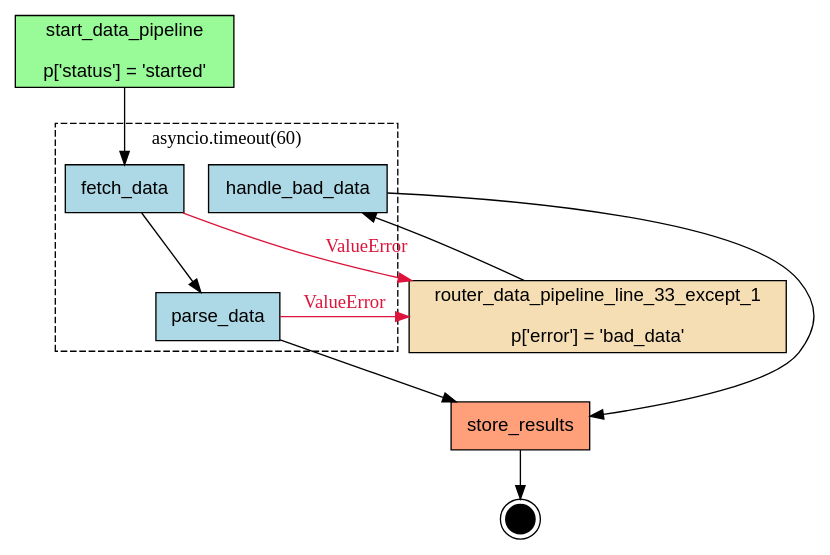
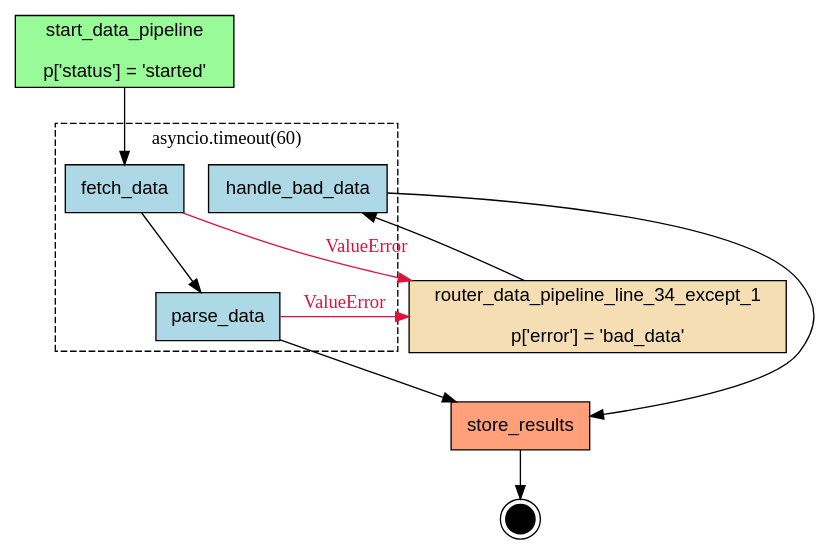
One commit to deliveryhero/asya changed the diagram in examples/flows/compiled/resiliency_combined/flow.dot. Above: the diagram before and after it, drawn with Graphviz. The commit also changed 105 other files, not shown here.

```diff
--- a/examples/flows/compiled/resiliency_combined/flow.dot
+++ b/examples/flows/compiled/resiliency_combined/flow.dot
@@ -1,31 +1,31 @@
 digraph "data_pipeline" {
     rankdir=TB;
     node [shape=box, style=filled, fontname="Helvetica"];
 
     { rank=source; start_data_pipeline; }
 
     fetch_data [label="fetch_data", fillcolor=lightblue];
     handle_bad_data [label="handle_bad_data", fillcolor=lightblue];
     parse_data [label="parse_data", fillcolor=lightblue];
-    router_data_pipeline_line_33_except_1 [label="router_data_pipeline_line_33_except_1\n\np['error'] = 'bad_data'", fillcolor=wheat];
+    router_data_pipeline_line_34_except_1 [label="router_data_pipeline_line_34_except_1\n\np['error'] = 'bad_data'", fillcolor=wheat];
     start_data_pipeline [label="start_data_pipeline\n\np['status'] = 'started'", fillcolor=palegreen];
     store_results [label="store_results", fillcolor=lightsalmon];
 
     __end__ [label="", shape=doublecircle, fillcolor=black, width=0.3, fixedsize=true];
 
     start_data_pipeline -> fetch_data;
     fetch_data -> parse_data;
     parse_data -> store_results;
-    router_data_pipeline_line_33_except_1 -> handle_bad_data;
+    router_data_pipeline_line_34_except_1 -> handle_bad_data;
     handle_bad_data -> store_results;
-    fetch_data -> router_data_pipeline_line_33_except_1 [label="ValueError", color="#DC143C", fontcolor="#DC143C"];
-    parse_data -> router_data_pipeline_line_33_except_1 [label="ValueError", color="#DC143C", fontcolor="#DC143C"];
+    fetch_data -> router_data_pipeline_line_34_except_1 [label="ValueError", color="#DC143C", fontcolor="#DC143C"];
+    parse_data -> router_data_pipeline_line_34_except_1 [label="ValueError", color="#DC143C", fontcolor="#DC143C"];
     store_results -> __end__;
     subgraph cluster_asyncio_timeout_60_ {
         label="asyncio.timeout(60)";
         style=dashed;
         fetch_data;
         parse_data;
         handle_bad_data;
     }
 }
```
